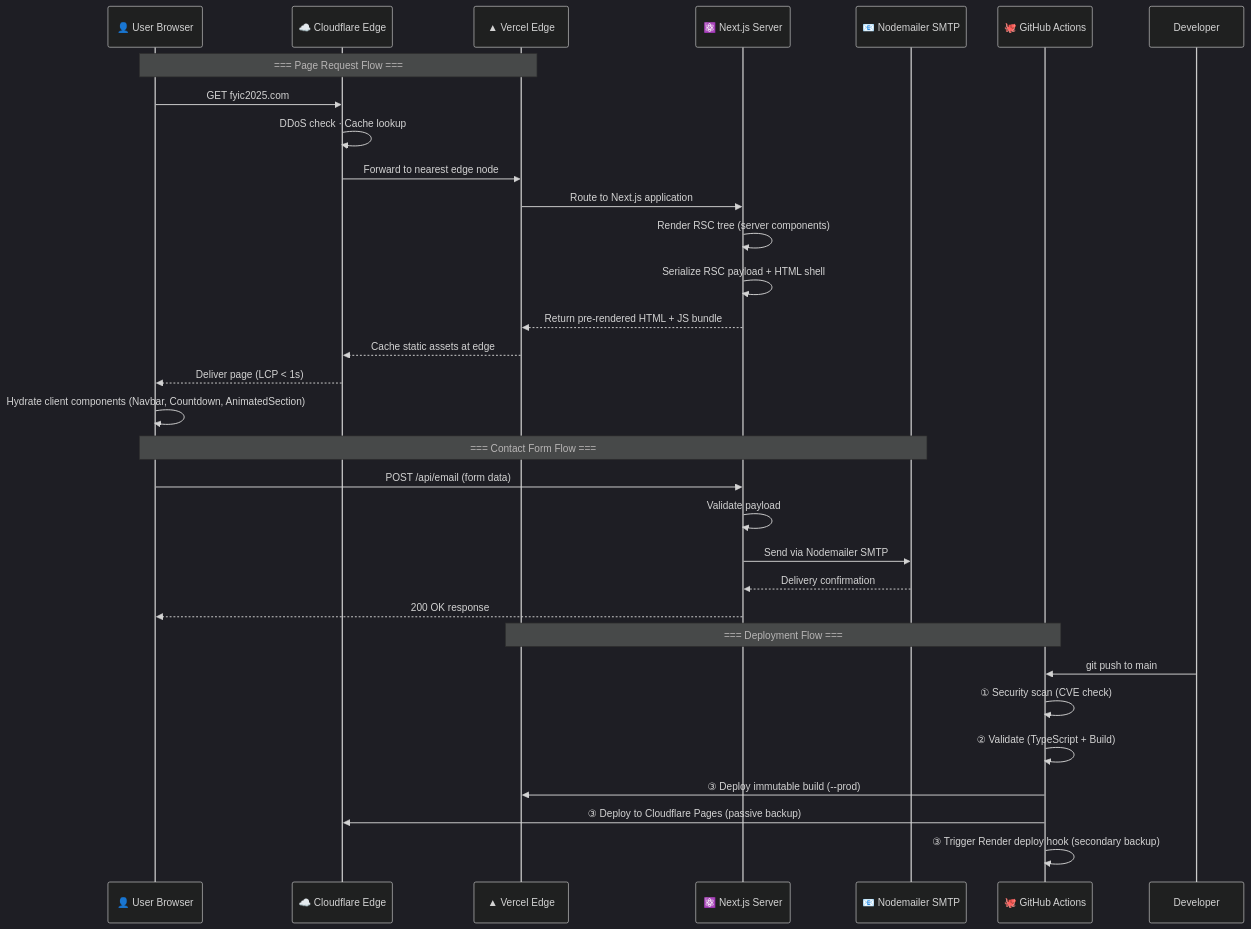
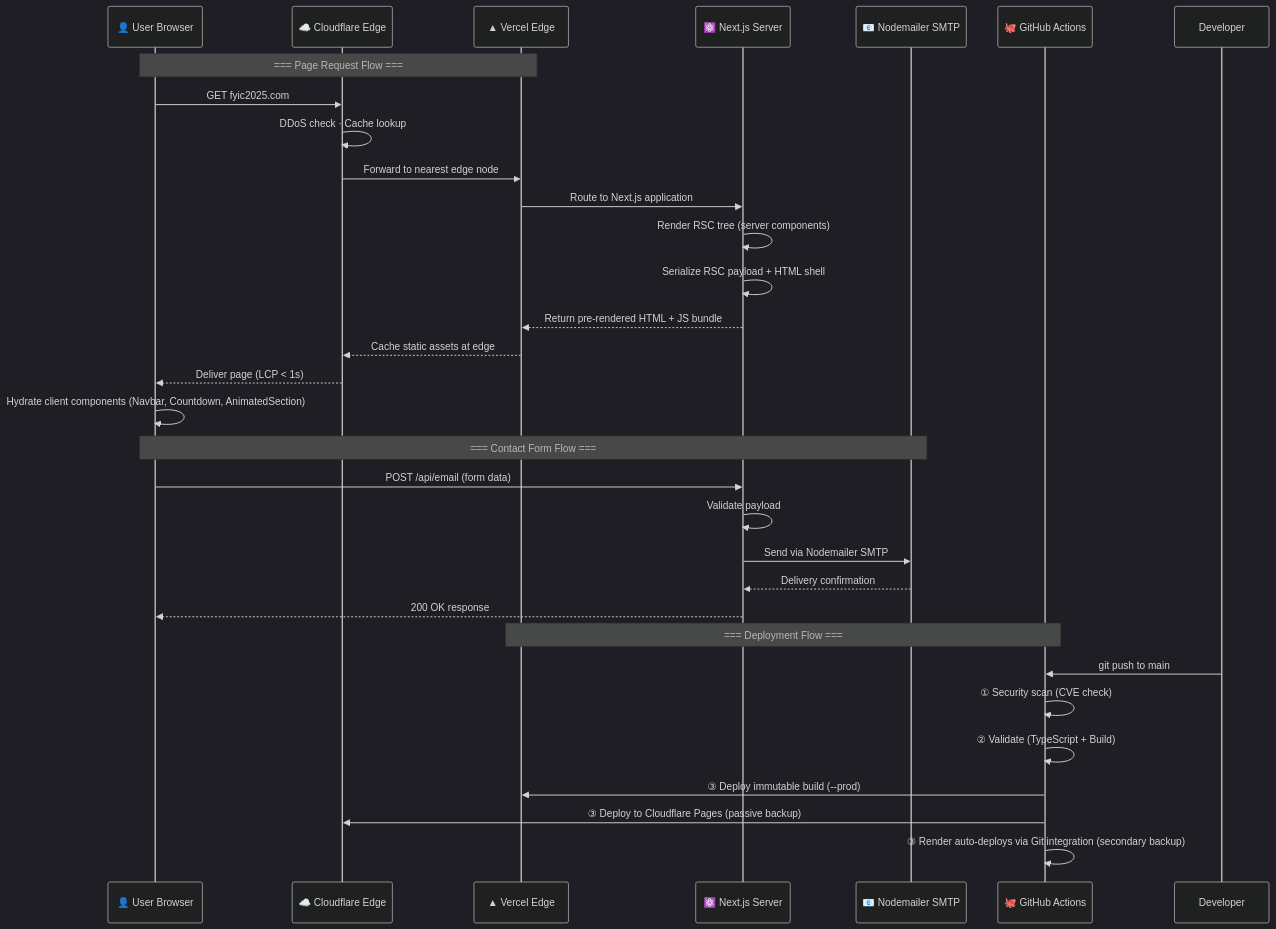
The fourth of 7 diagrams in README.md (johnnietse/2025-fyic), drawn with Mermaid (dark theme) before and after one commit. The commit also changed other lines of this file and 1 other file, not shown here.

Commit message:
fix: remove redundant Render deploy hook - Render auto-deploys via Git integration

````diff
--- a/README.md
+++ b/README.md
@@ -239,36 +239,36 @@
 ```mermaid
 sequenceDiagram
     participant User as 👤 User Browser
     participant CF as ☁️ Cloudflare Edge
     participant Vercel as ▲ Vercel Edge
     participant Next as ⚛️ Next.js Server
     participant Email as 📧 Nodemailer SMTP
     participant GH as 🐙 GitHub Actions
 
     Note over User,Vercel: === Page Request Flow ===
     User->>CF: GET fyic2025.com
     CF->>CF: DDoS check · Cache lookup
     CF->>Vercel: Forward to nearest edge node
     Vercel->>Next: Route to Next.js application
     Next->>Next: Render RSC tree (server components)
     Next->>Next: Serialize RSC payload + HTML shell
     Next-->>Vercel: Return pre-rendered HTML + JS bundle
     Vercel-->>CF: Cache static assets at edge
     CF-->>User: Deliver page (LCP < 1s)
     User->>User: Hydrate client components (Navbar, Countdown, AnimatedSection)
 
     Note over User,Email: === Contact Form Flow ===
     User->>Next: POST /api/email (form data)
     Next->>Next: Validate payload
     Next->>Email: Send via Nodemailer SMTP
     Email-->>Next: Delivery confirmation
     Next-->>User: 200 OK response
 
     Note over GH,Vercel: === Deployment Flow ===
     Developer->>GH: git push to main
     GH->>GH: ① Security scan (CVE check)
     GH->>GH: ② Validate (TypeScript + Build)
     GH->>Vercel: ③ Deploy immutable build (--prod)
     GH->>CF: ③ Deploy to Cloudflare Pages (passive backup)
-    GH->>GH: ③ Trigger Render deploy hook (secondary backup)
+    GH->>GH: ③ Render auto-deploys via Git integration (secondary backup)
 ```
````
